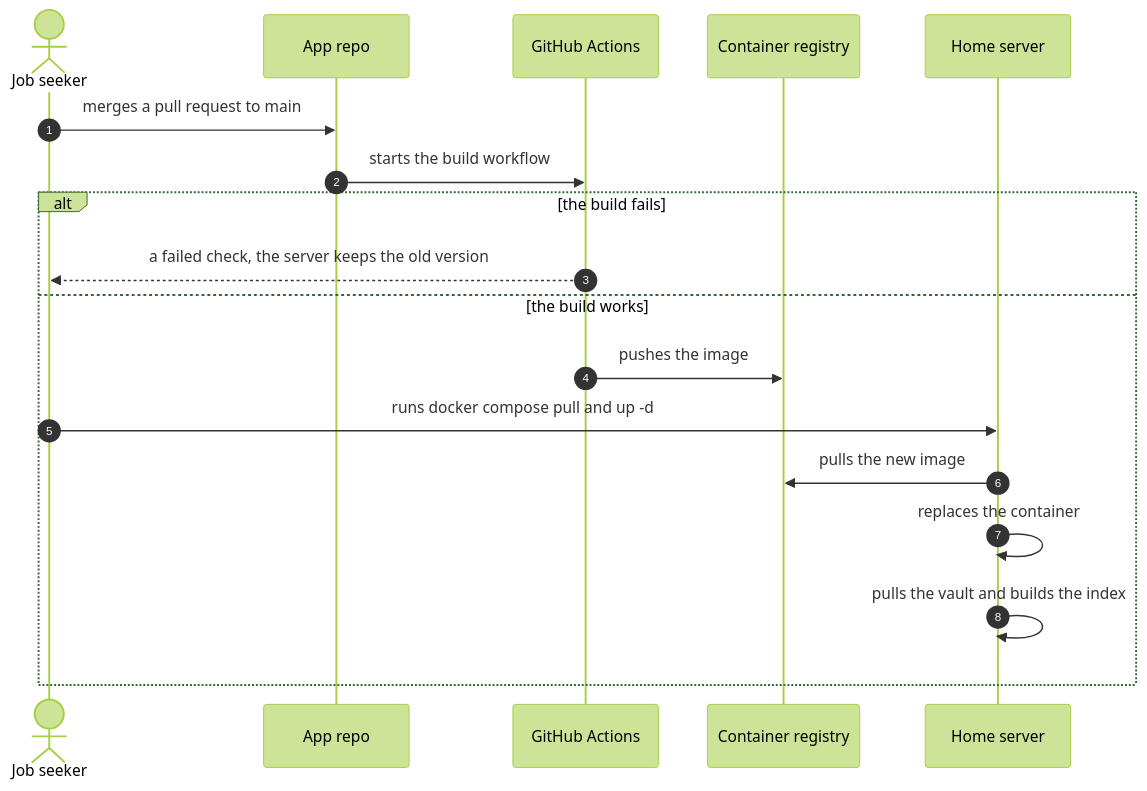
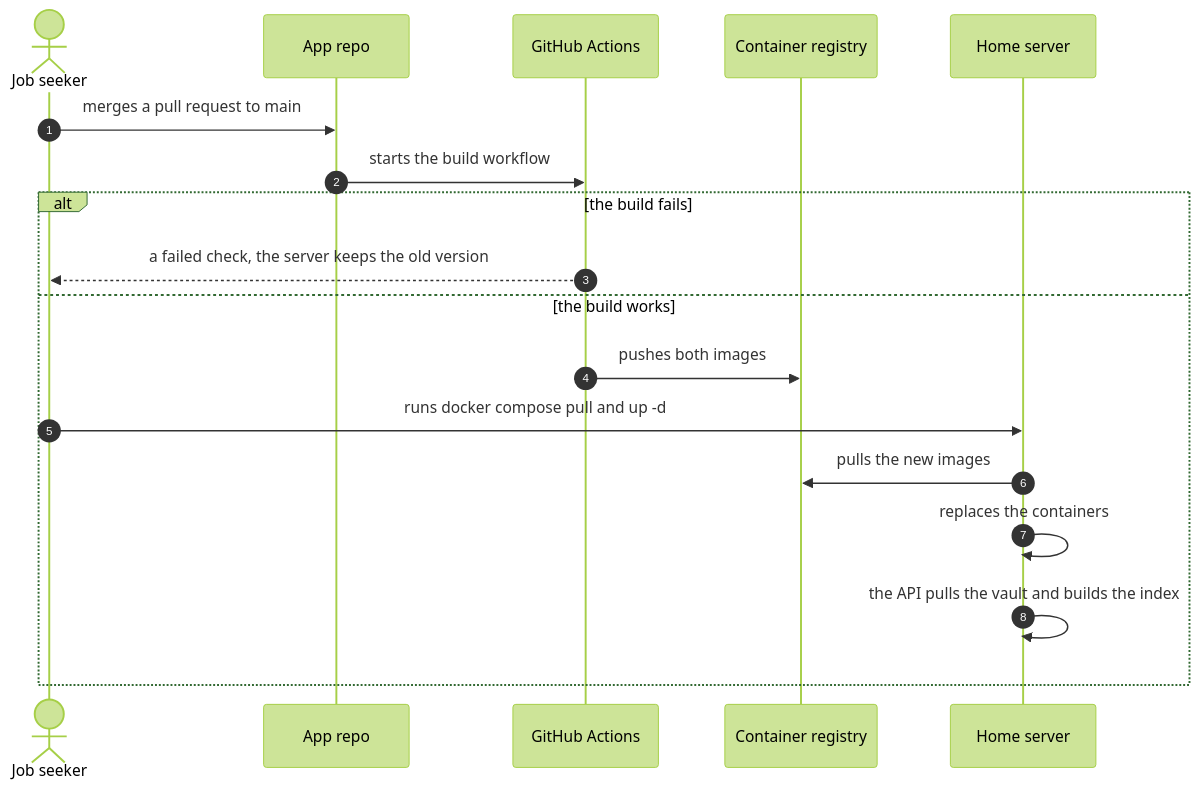
The second of 2 diagrams in docs/architecture/deployment.md (lyeyixian/job-search-app), drawn with Mermaid (forest theme) before and after one commit. The commit also changed other lines of this file and 10 other files, not shown here.

First line of the commit message:
Redraw the architecture for two services

````diff
--- a/docs/architecture/deployment.md
+++ b/docs/architecture/deployment.md
@@ -63,21 +69,21 @@
 ```mermaid
 sequenceDiagram
     autonumber
     actor Dev as Job seeker
     participant Repo as App repo
     participant CI as GitHub Actions
     participant Reg as Container registry
     participant Srv as Home server
 
     Dev->>Repo: merges a pull request to main
     Repo->>CI: starts the build workflow
     alt the build fails
         CI-->>Dev: a failed check, the server keeps the old version
     else the build works
-        CI->>Reg: pushes the image
+        CI->>Reg: pushes both images
         Dev->>Srv: runs docker compose pull and up -d
-        Srv->>Reg: pulls the new image
-        Srv->>Srv: replaces the container
-        Srv->>Srv: pulls the vault and builds the index
+        Srv->>Reg: pulls the new images
+        Srv->>Srv: replaces the containers
+        Srv->>Srv: the API pulls the vault and builds the index
     end
 ```
````
